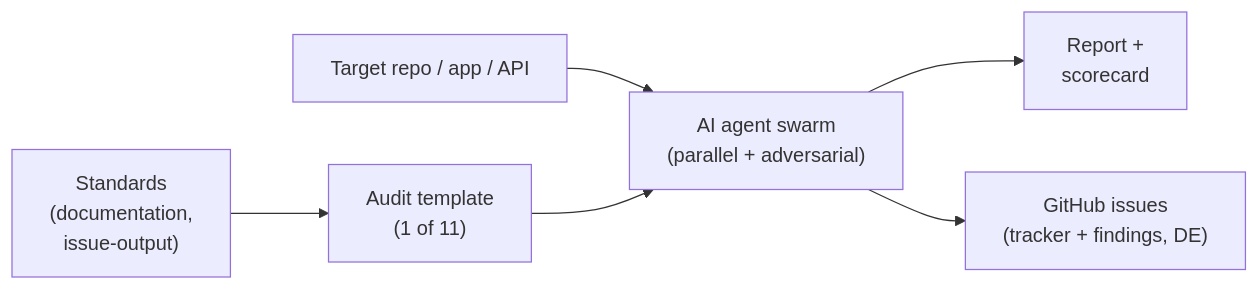
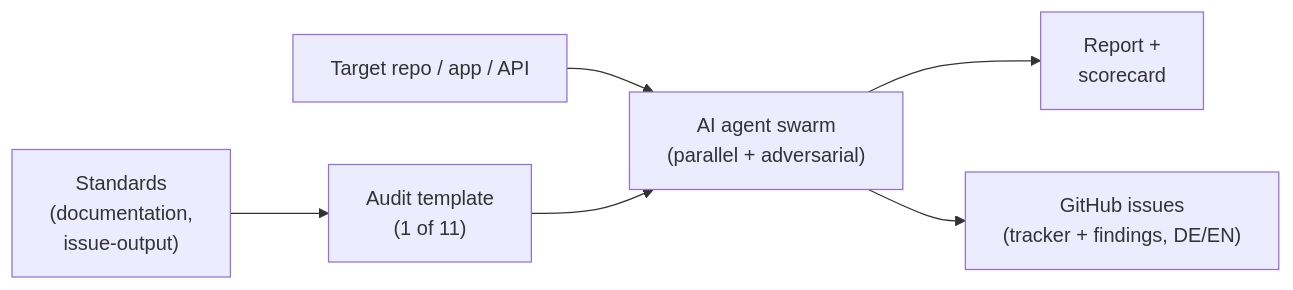
The first of 2 diagrams in README.md (marcelrapold/auditor), drawn with Mermaid before and after one commit. The commit also changed other lines of this file and 9 other files, not shown here.

````diff
--- a/README.md
+++ b/README.md
@@ -33,8 +33,8 @@
 ```mermaid
 flowchart LR
     Standards["Standards<br/>(documentation,<br/>issue-output)"] --> Prompt
     Target["Target repo / app / API"] --> Agent
     Prompt["Audit template<br/>(1 of 11)"] --> Agent["AI agent swarm<br/>(parallel + adversarial)"]
     Agent --> Report["Report +<br/>scorecard"]
-    Agent --> Issues["GitHub issues<br/>(tracker + findings, DE)"]
+    Agent --> Issues["GitHub issues<br/>(tracker + findings, DE/EN)"]
 ```
````
